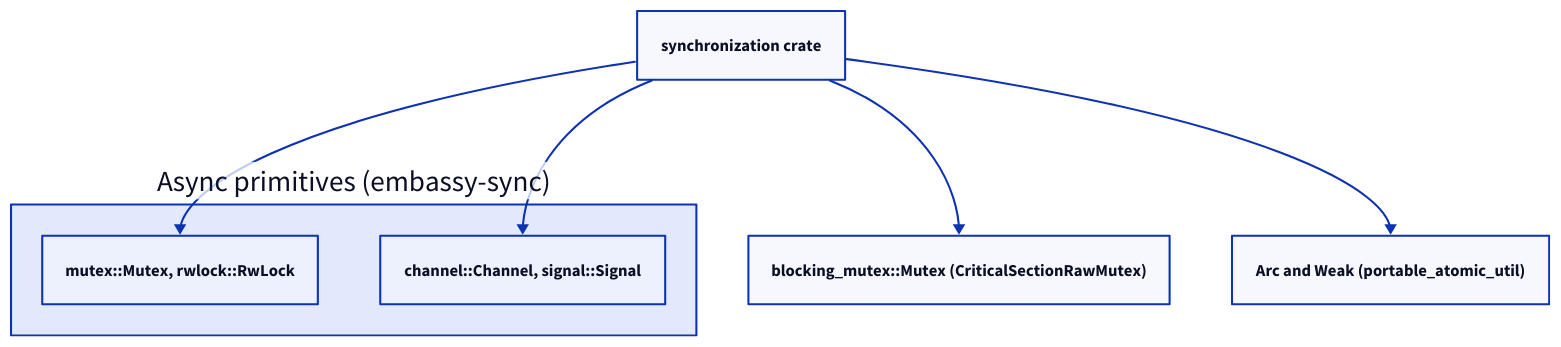
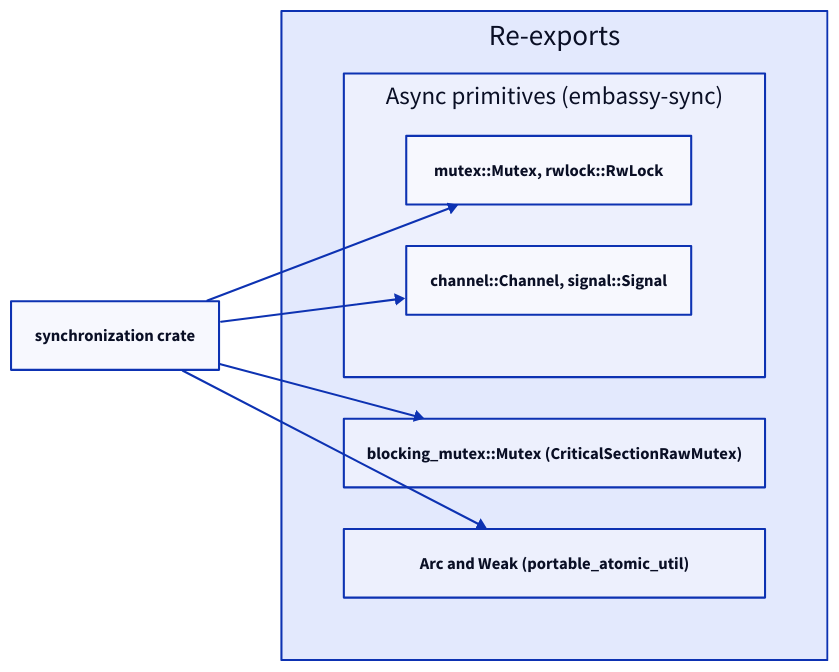
One commit to xila-project/website changed the diagram in src/content/docs/explanation/architecture/libraries/synchronization.mdx. Above: the diagram before and after it, drawn with D2. The commit also changed 6 other files, not shown here.

First line of the commit message:
docs(diagrams): tighten the shape classes and widths of the libraries diagrams

````diff
--- a/src/content/docs/explanation/architecture/libraries/synchronization.mdx
+++ b/src/content/docs/explanation/architecture/libraries/synchronization.mdx
@@ -36,15 +36,20 @@
 ```d2 title="Re-exports of the synchronization crate"
 direction: down
 sync: synchronization crate { class: focus }
-async: Async primitives (embassy-sync) {
+reexports: Re-exports {
   class: layer
-  mutex: "mutex::Mutex, rwlock::RwLock" { class: component }
-  comm: "channel::Channel, signal::Signal" { class: component }
+  grid-columns: 1
+  async: Async primitives (embassy-sync) {
+    class: layer
+    grid-columns: 1
+    mutex: "mutex::Mutex, rwlock::RwLock" { class: component }
+    comm: "channel::Channel, signal::Signal" { class: component }
+  }
+  blocking: "blocking_mutex::Mutex (CriticalSectionRawMutex)" { class: component }
+  pointers: "Arc and Weak (portable_atomic_util)" { class: component }
 }
-blocking: "blocking_mutex::Mutex (CriticalSectionRawMutex)" { class: component }
-pointers: "Arc and Weak (portable_atomic_util)" { class: component }
-sync -> async.mutex
-sync -> async.comm
-sync -> blocking
-sync -> pointers
+sync -> reexports.async.mutex
+sync -> reexports.async.comm
+sync -> reexports.blocking
+sync -> reexports.pointers
 ```
````
